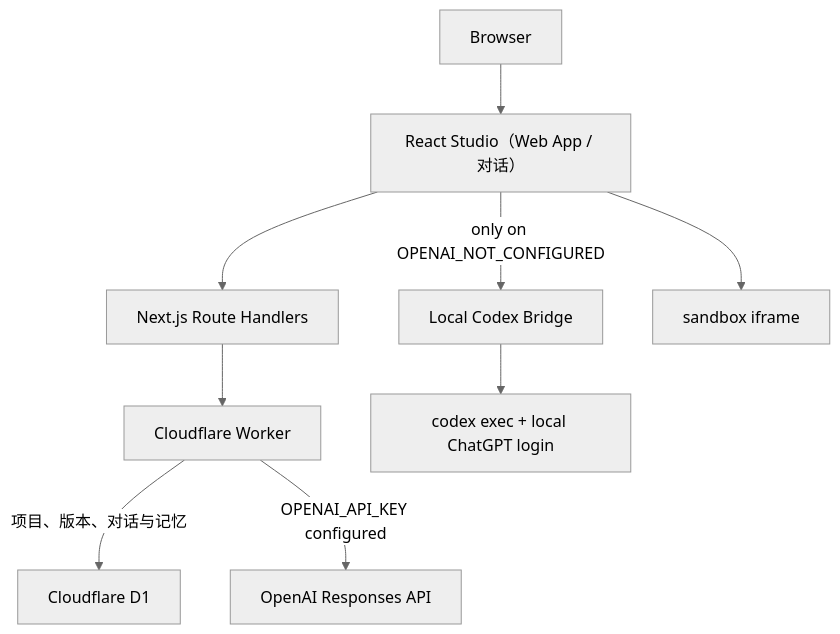
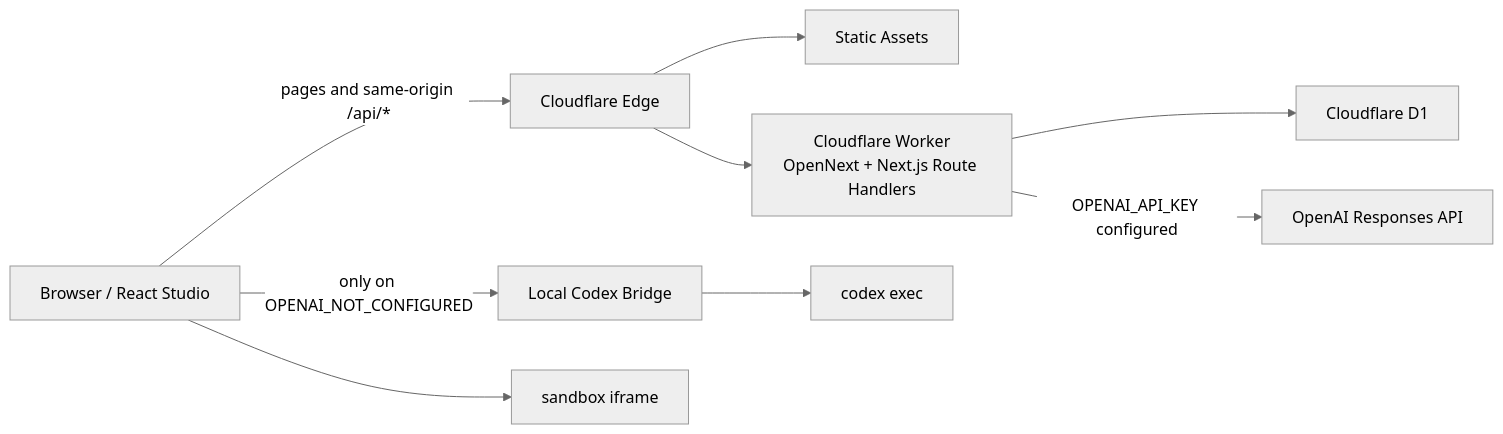
Before and after one commit to chanceflying/chance-atoms-demo: the diagram in README.md, drawn with Mermaid (neutral theme). The commit also changed other lines of this file and 2 other files, not shown here.

````diff
--- a/README.md
+++ b/README.md
@@ -196,21 +73,21 @@
-```mermaid
-flowchart TD
-    B["Browser"]
-    R["React Studio（Web App / 对话）"]
-    N["Next.js Route Handlers"]
-    W["Cloudflare Worker"]
+~~~mermaid
+flowchart LR
+    B["Browser / React Studio"]
+    E["Cloudflare Edge"]
+    A["Static Assets"]
+    W["Cloudflare Worker<br/>OpenNext + Next.js Route Handlers"]
     D["Cloudflare D1"]
     O["OpenAI Responses API"]
     C["Local Codex Bridge"]
-    X["codex exec + local ChatGPT login"]
+    X["codex exec"]
     I["sandbox iframe"]
 
-    B --> R
-    R --> N
-    N --> W
-    W -->|"项目、版本、对话与记忆"| D
+    B -->|"pages and same-origin /api/*"| E
+    E --> A
+    E --> W
+    W --> D
     W -->|"OPENAI_API_KEY configured"| O
-    R -->|"only on OPENAI_NOT_CONFIGURED"| C
+    B -->|"only on OPENAI_NOT_CONFIGURED"| C
     C --> X
-    R --> I
-```
+    B --> I
+~~~
````
